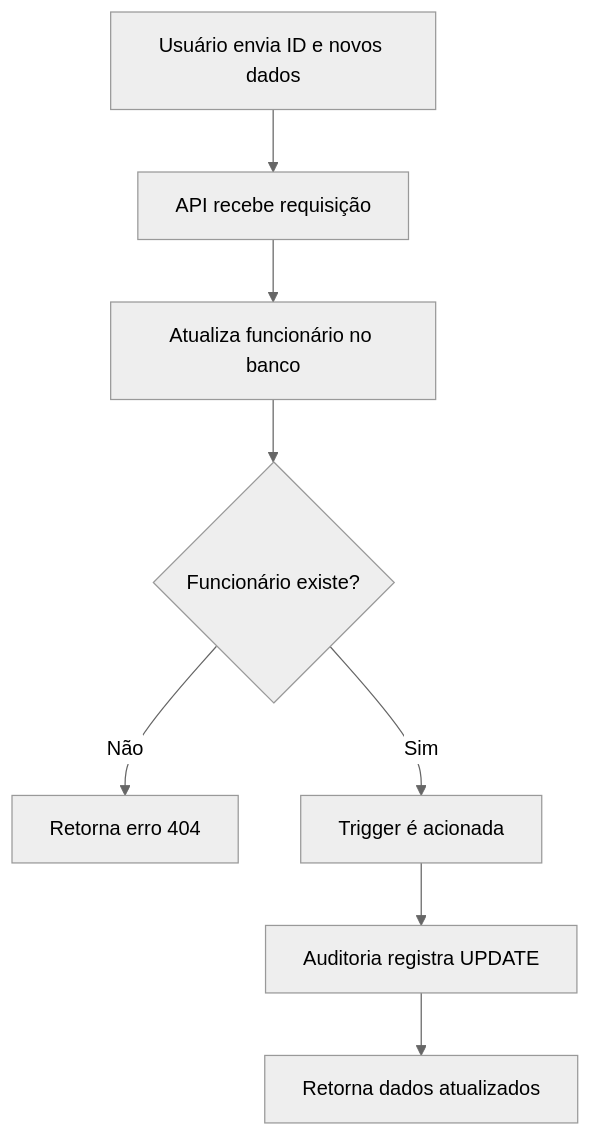
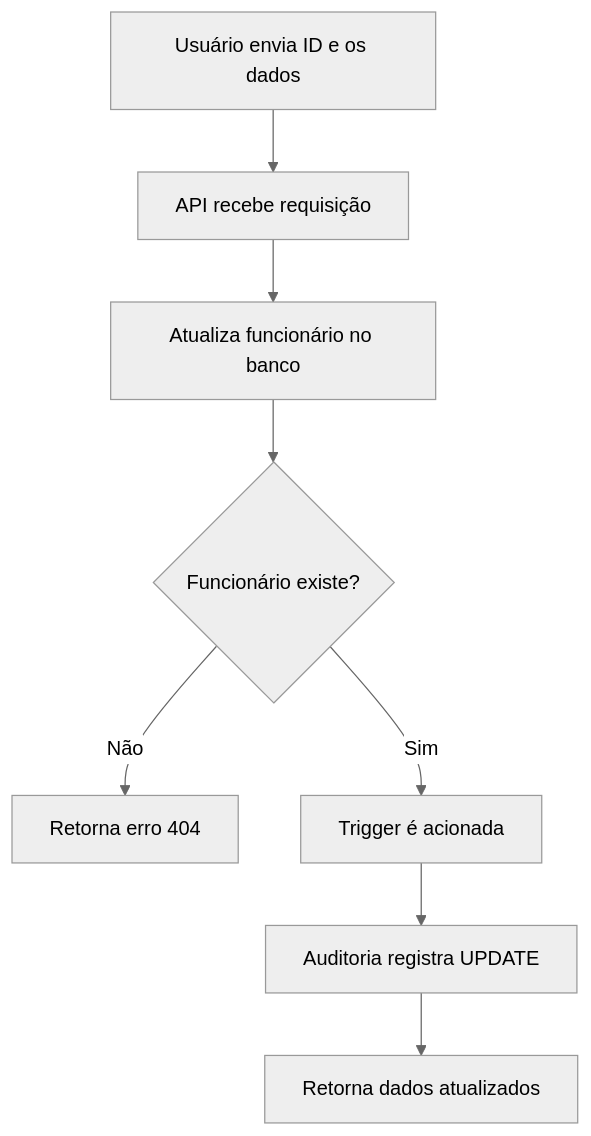
One commit to Fernanda135/sistema-rh changed the third of 7 diagrams in fluxos.md. Above: the diagram before and after it, drawn with Mermaid. The commit also changed other lines of this file and 1 other file, not shown here.

````diff
--- a/fluxos.md
+++ b/fluxos.md
@@ -39,16 +39,16 @@
 ```mermaid
 %%{init: {"theme":"neutral"}}%%
 flowchart TD
-    A[Usuário envia ID e novos dados]
+    A[Usuário envia ID e os dados]
     B[API recebe requisição]
     C[Atualiza funcionário no banco]
     D{Funcionário existe?}
     E[Retorna erro 404]
     F[Trigger é acionada]
     G[Auditoria registra UPDATE]
     H[Retorna dados atualizados]
 
     A --> B --> C --> D
     D -- Não --> E
     D -- Sim --> F --> G --> H
 ```
````
